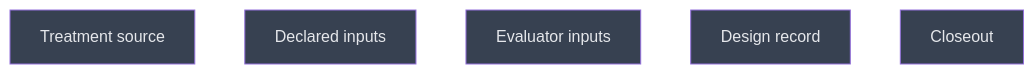
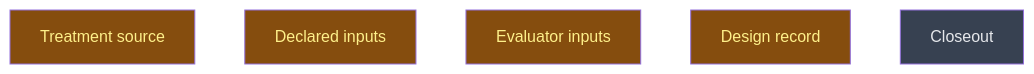
The diagram in __roadmap__/m2c-wire-alignment/consumers/README.md (CrackingShells/Candler), drawn with Mermaid before and after one commit. The commit also changed other lines of this file and 1 other file, not shown here.

Commit message:
rdm(experiment): close the m2c wire level and start its consumers
All five L0 leaves landed; on the merged tip the workspace passes 384
tests, LINUX, GOLDEN and G5, and the planner, assets, tier,
ENTRY_PARAMS and skill_version greps print nothing. G6d still lists
the provenance paths R01 does not describe; design_record owns them.
The four L1 leaves are in progress.

````diff
--- a/__roadmap__/m2c-wire-alignment/consumers/README.md
+++ b/__roadmap__/m2c-wire-alignment/consumers/README.md
@@ -22,13 +22,13 @@
 ```mermaid
 graph TD
-    treatment_source[Treatment source]:::planned
-    declared_inputs[Declared inputs]:::planned
-    evaluator_inputs[Evaluator inputs]:::planned
-    design_record[Design record]:::planned
+    treatment_source[Treatment source]:::inprogress
+    declared_inputs[Declared inputs]:::inprogress
+    evaluator_inputs[Evaluator inputs]:::inprogress
+    design_record[Design record]:::inprogress
     closeout[Closeout]:::planned
     classDef done       fill:#166534,color:#bbf7d0
     classDef inprogress fill:#854d0e,color:#fef08a
     classDef planned    fill:#374151,color:#e5e7eb
     classDef amendment  fill:#1e3a5f,color:#bfdbfe
     classDef blocked    fill:#7f1d1d,color:#fecaca
 ```
````
